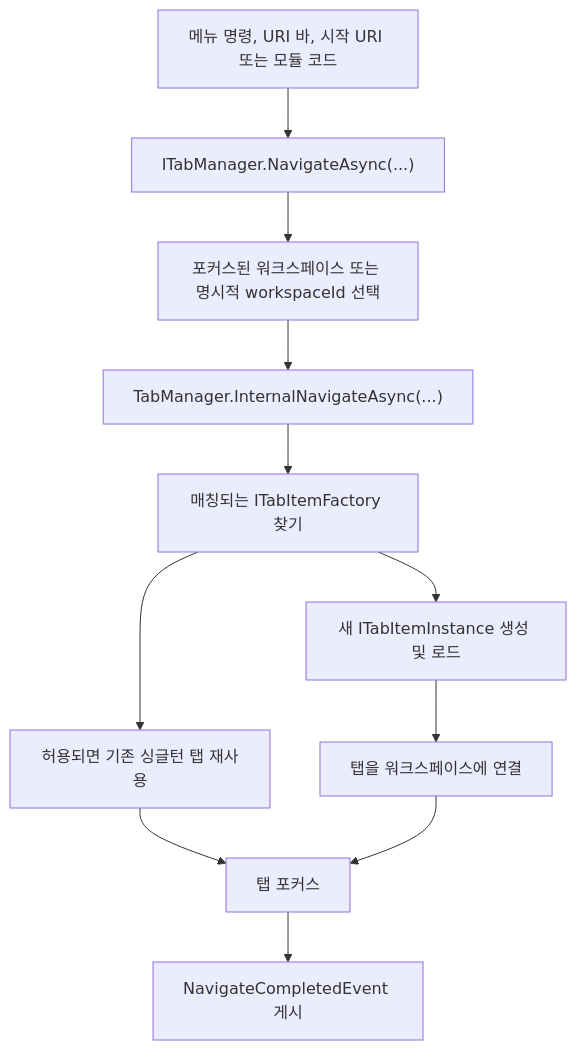
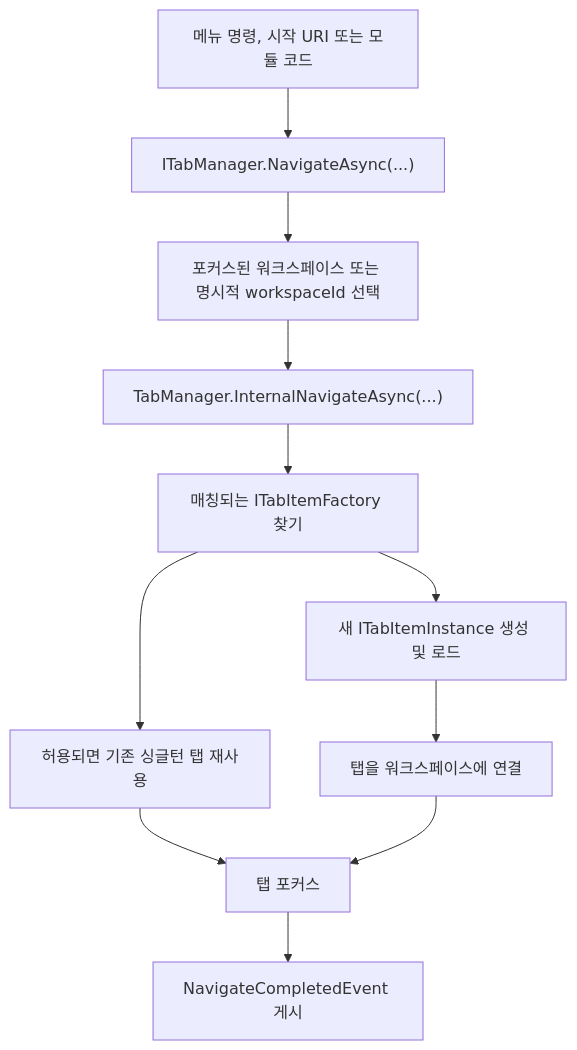
The diagram in docs/navigation-workspace.ko.md (ZiYuCai1984/ZYC.Framework), drawn with Mermaid before and after one commit. The commit also changed other lines of this file and 69 other files, not shown here.

````diff
--- a/docs/navigation-workspace.ko.md
+++ b/docs/navigation-workspace.ko.md
@@ -27,13 +27,13 @@
 ```mermaid
 graph TD
-    A["메뉴 명령, URI 바, 시작 URI 또는 모듈 코드"] --> B["ITabManager.NavigateAsync(...)"]
+    A["메뉴 명령, 시작 URI 또는 모듈 코드"] --> B["ITabManager.NavigateAsync(...)"]
     B --> C["포커스된 워크스페이스 또는 명시적 workspaceId 선택"]
     C --> D["TabManager.InternalNavigateAsync(...)"]
     D --> E["매칭되는 ITabItemFactory 찾기"]
     E --> F["허용되면 기존 싱글턴 탭 재사용"]
     E --> G["새 ITabItemInstance 생성 및 로드"]
     G --> H["탭을 워크스페이스에 연결"]
     F --> I["탭 포커스"]
     H --> I
     I --> J["NavigateCompletedEvent 게시"]
 ```
````
